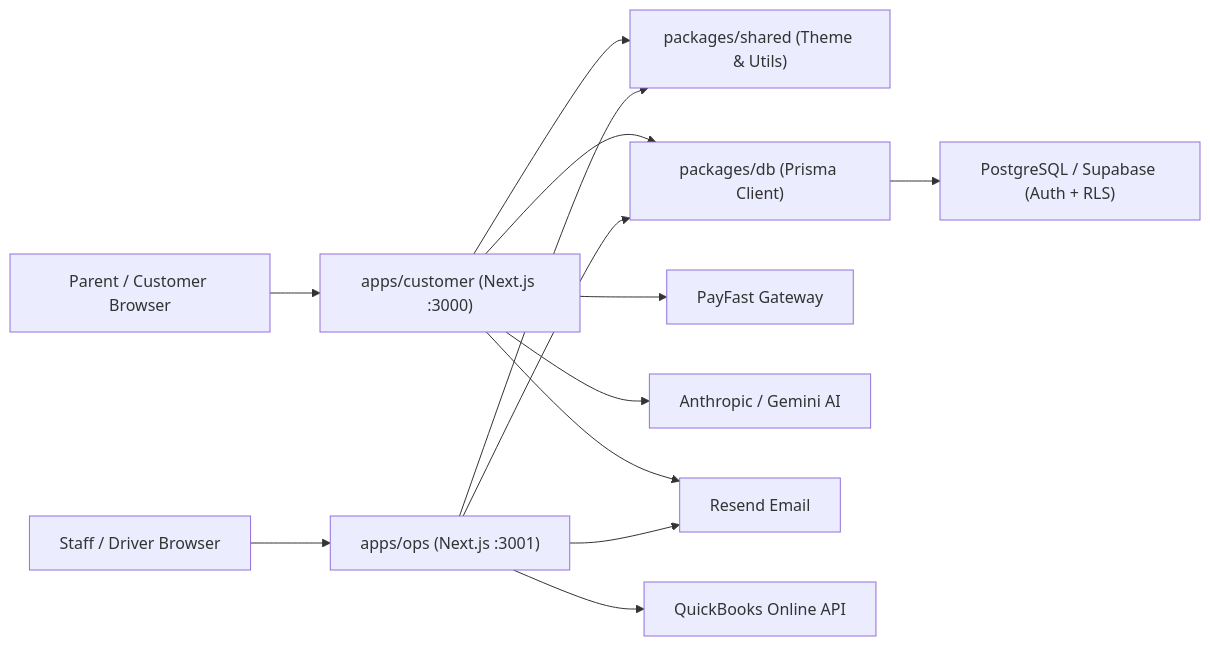
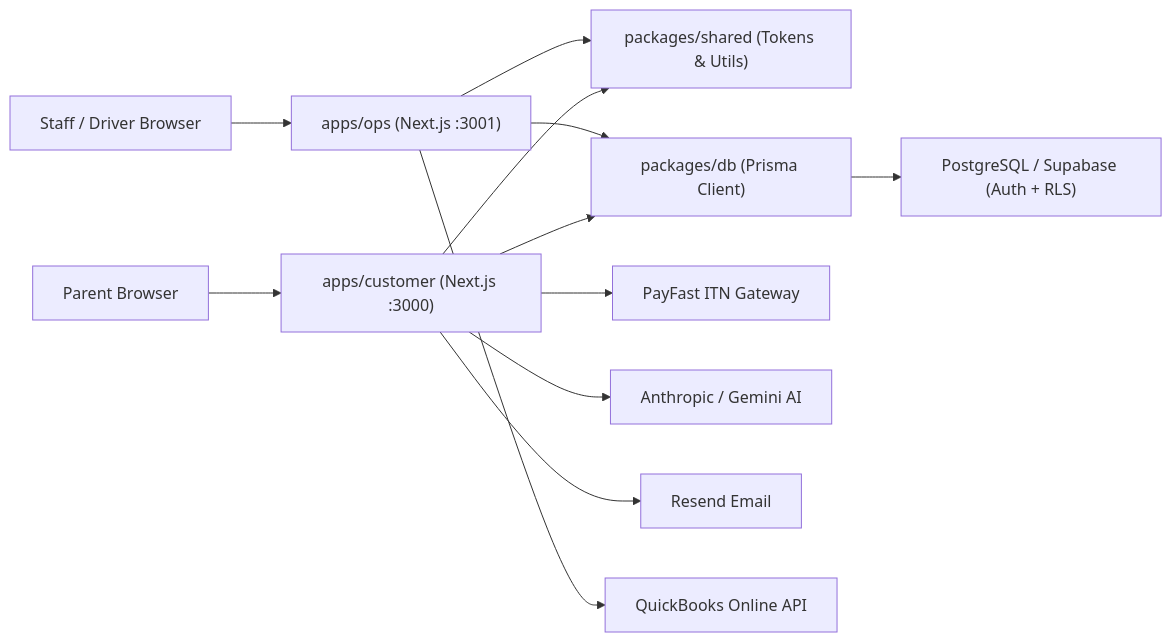
Before and after one commit to KevinAsanda/P4P: the diagram in README.md, drawn with Mermaid. The commit also changed other lines of this file and 4 other files, not shown here.

````diff
--- a/README.md
+++ b/README.md
@@ -9,20 +87,18 @@
 ```mermaid
 flowchart LR
-  CustomerBrowser["Parent / Customer Browser"] --> CustomerApp["apps/customer (Next.js :3000)"]
+  CustomerBrowser["Parent Browser"] --> CustomerApp["apps/customer (Next.js :3000)"]
   StaffBrowser["Staff / Driver Browser"] --> OpsApp["apps/ops (Next.js :3001)"]
 
-  CustomerApp --> SharedPkg["packages/shared (Theme & Utils)"]
+  CustomerApp --> SharedPkg["packages/shared (Tokens & Utils)"]
   OpsApp --> SharedPkg
 
   CustomerApp --> DbPkg["packages/db (Prisma Client)"]
   OpsApp --> DbPkg
 
   DbPkg --> Postgres["PostgreSQL / Supabase (Auth + RLS)"]
 
-  CustomerApp --> PayFast["PayFast Gateway"]
+  CustomerApp --> PayFast["PayFast ITN Gateway"]
   CustomerApp --> AI["Anthropic / Gemini AI"]
   CustomerApp --> Resend["Resend Email"]
-
   OpsApp --> QuickBooks["QuickBooks Online API"]
-  OpsApp --> Resend
 ```
````
